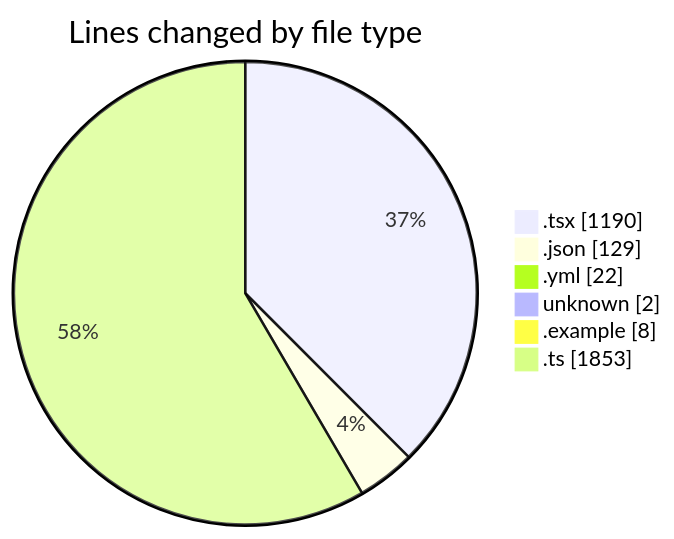
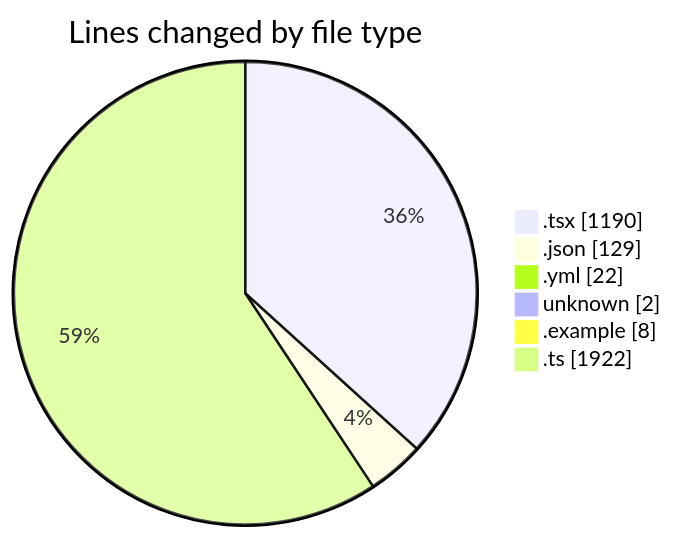
Before and after one commit to julien-gomy/code-tracking: the first of 2 diagrams in 2025-11-21/eventscop-frontend-guide__workspace_/README.md, drawn with Mermaid. The commit also changed other lines of this file and 1 other file, not shown here.

````diff
--- a/2025-11-21/eventscop-frontend-guide__workspace_/README.md
+++ b/2025-11-21/eventscop-frontend-guide__workspace_/README.md
@@ -48,10 +49,10 @@
 ```mermaid
 pie showData
 title Lines changed by file type
 ".tsx" : 1190
 ".json" : 129
 ".yml" : 22
 "unknown" : 2
 ".example" : 8
-".ts" : 1853
+".ts" : 1922
 ```
````
